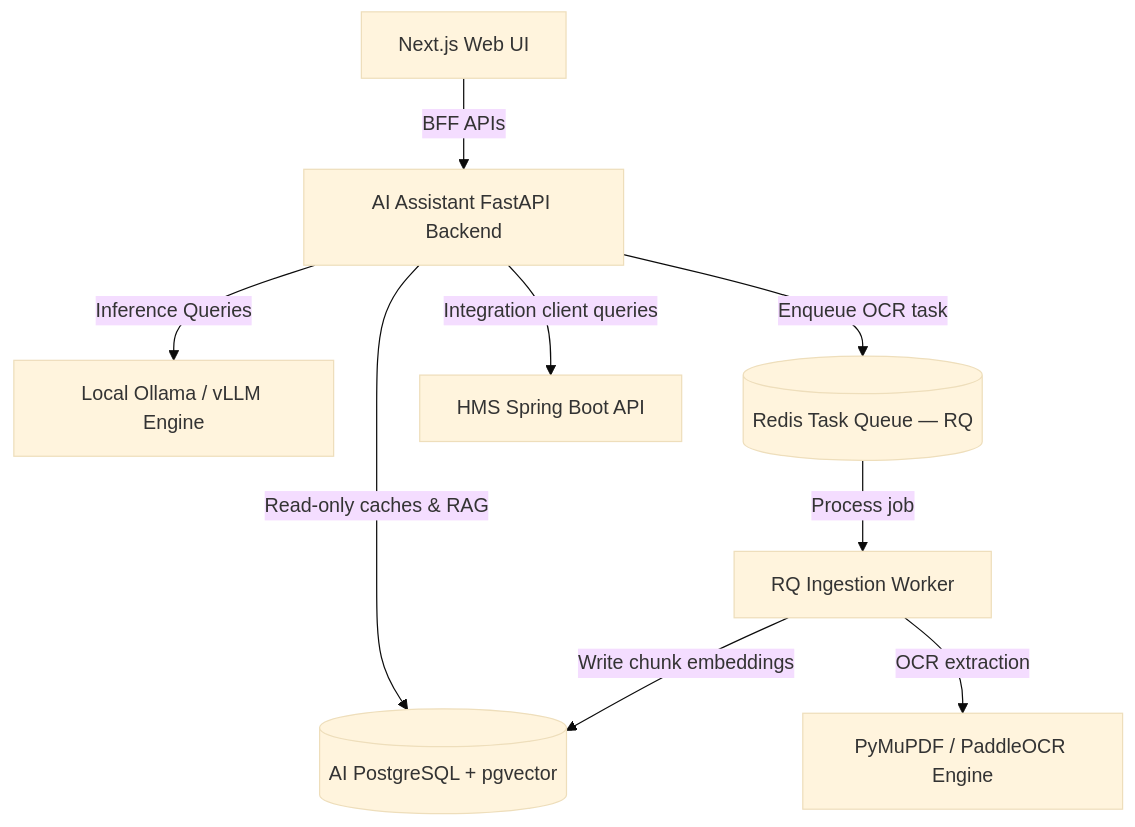
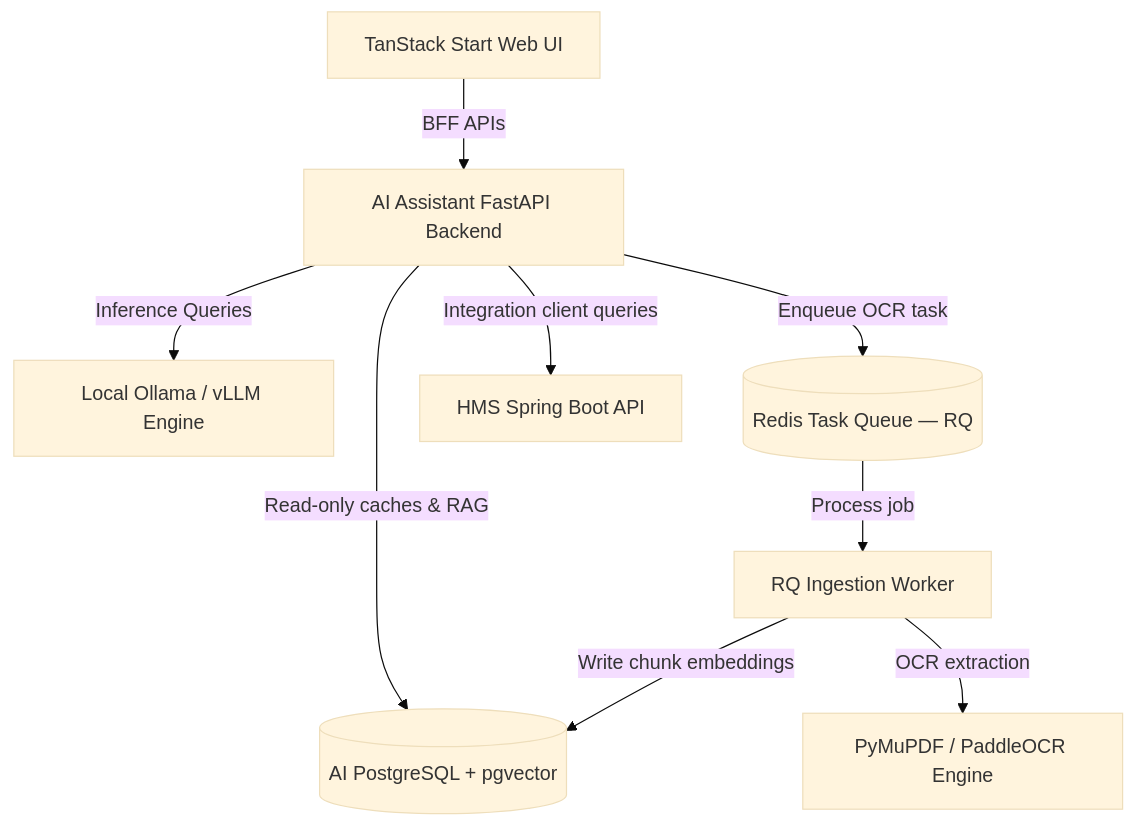
Before and after one commit to qwan30/chat-hospital-system: the first of 2 diagrams in docs/04-architecture/architecture.md, drawn with Mermaid (base theme). The commit also changed other lines of this file and 129 other files, not shown here.

````diff
--- a/docs/04-architecture/architecture.md
+++ b/docs/04-architecture/architecture.md
@@ -24,11 +24,11 @@
 ```mermaid
 flowchart TD
-    UI[Next.js Web UI] -->|BFF APIs| BFF[AI Assistant FastAPI Backend]
+    UI[TanStack Start Web UI] -->|BFF APIs| BFF[AI Assistant FastAPI Backend]
     BFF -->|Read-only caches & RAG| PG[(AI PostgreSQL + pgvector)]
     BFF -->|Inference Queries| LLM[Local Ollama / vLLM Engine]
     BFF -->|Enqueue OCR task| Redis[(Redis Task Queue — RQ)]
     Redis -->|Process job| Worker[RQ Ingestion Worker]
     Worker -->|OCR extraction| OCR[PyMuPDF / PaddleOCR Engine]
     Worker -->|Write chunk embeddings| PG
     BFF -->|Integration client queries| HMS[HMS Spring Boot API]
 ```
````
